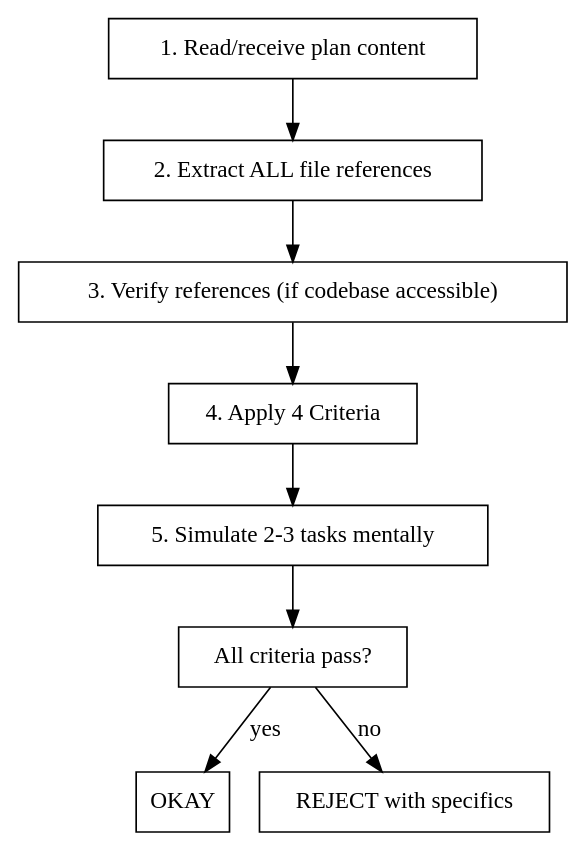
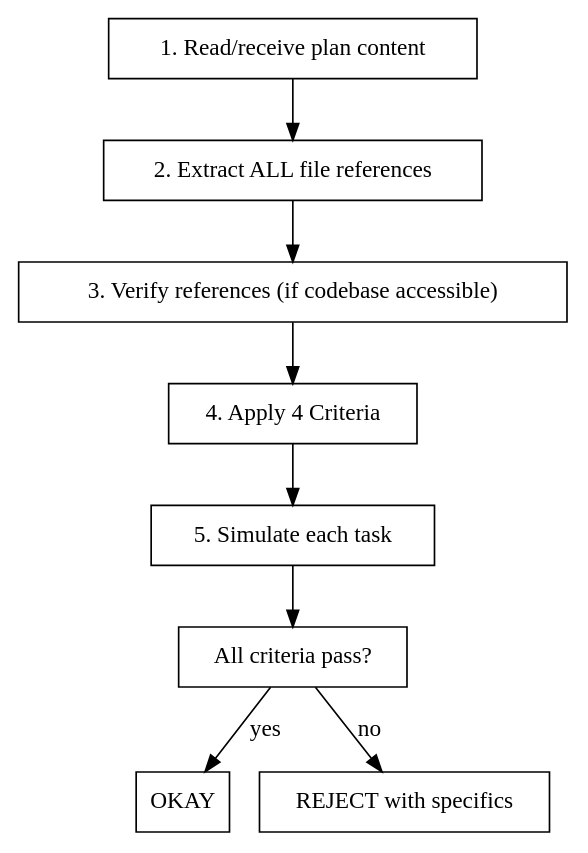
The second of 2 diagrams in skills/momus/SKILL.md (toongri/oh-my-toong-playground), drawn with Graphviz before and after one commit. The commit also changed other lines of this file, not shown here.

Commit message:
docs: momus simulation을 전수 검토로 변경
- 2-3 tasks 샘플링 → each task 전수 검토

````diff
--- a/skills/momus/SKILL.md
+++ b/skills/momus/SKILL.md
@@ -47,14 +47,14 @@
 ```dot
 digraph review_process {
     rankdir=TB;
     node [shape=box];
 
     "1. Read/receive plan content" -> "2. Extract ALL file references";
     "2. Extract ALL file references" -> "3. Verify references (if codebase accessible)";
     "3. Verify references (if codebase accessible)" -> "4. Apply 4 Criteria";
-    "4. Apply 4 Criteria" -> "5. Simulate 2-3 tasks mentally";
-    "5. Simulate 2-3 tasks mentally" -> "All criteria pass?" [shape=diamond];
+    "4. Apply 4 Criteria" -> "5. Simulate each task";
+    "5. Simulate each task" -> "All criteria pass?" [shape=diamond];
     "All criteria pass?" -> "OKAY" [label="yes"];
     "All criteria pass?" -> "REJECT with specifics" [label="no"];
 }
 ```
````
